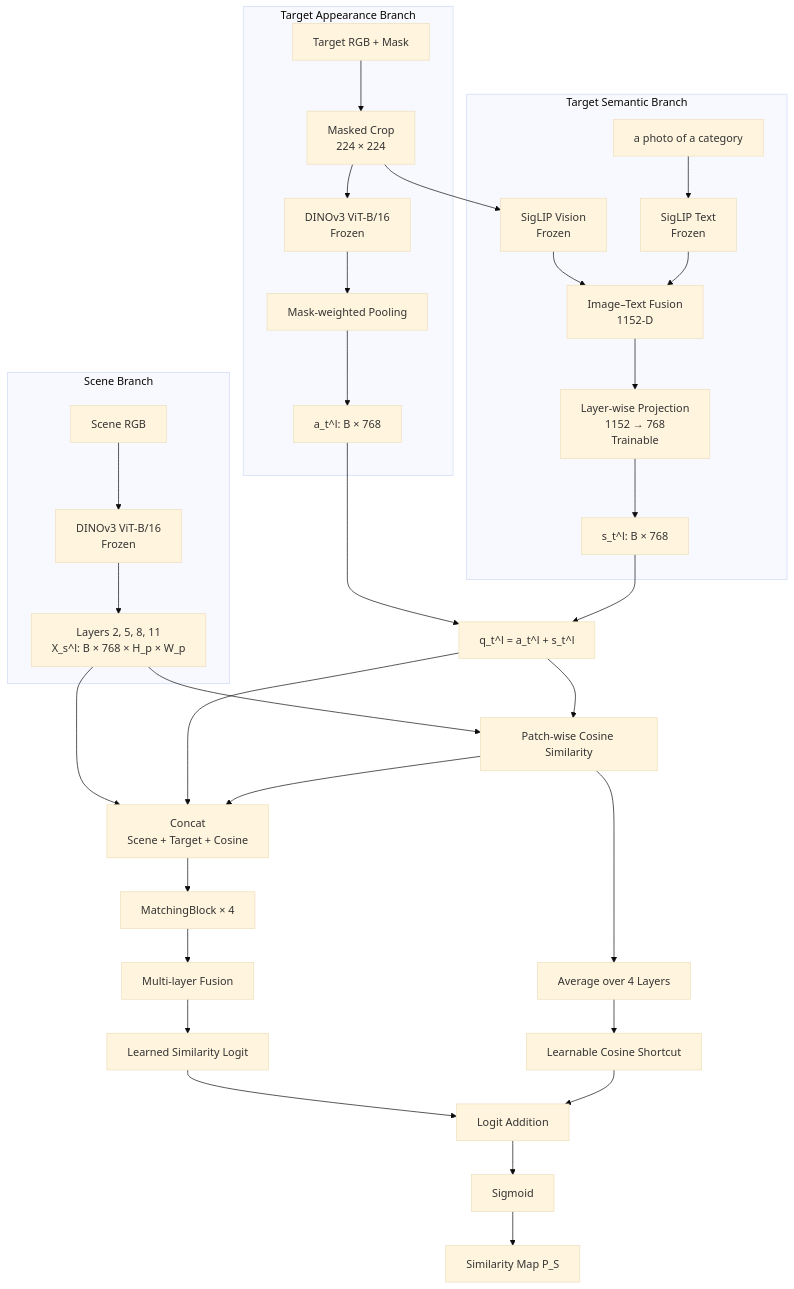
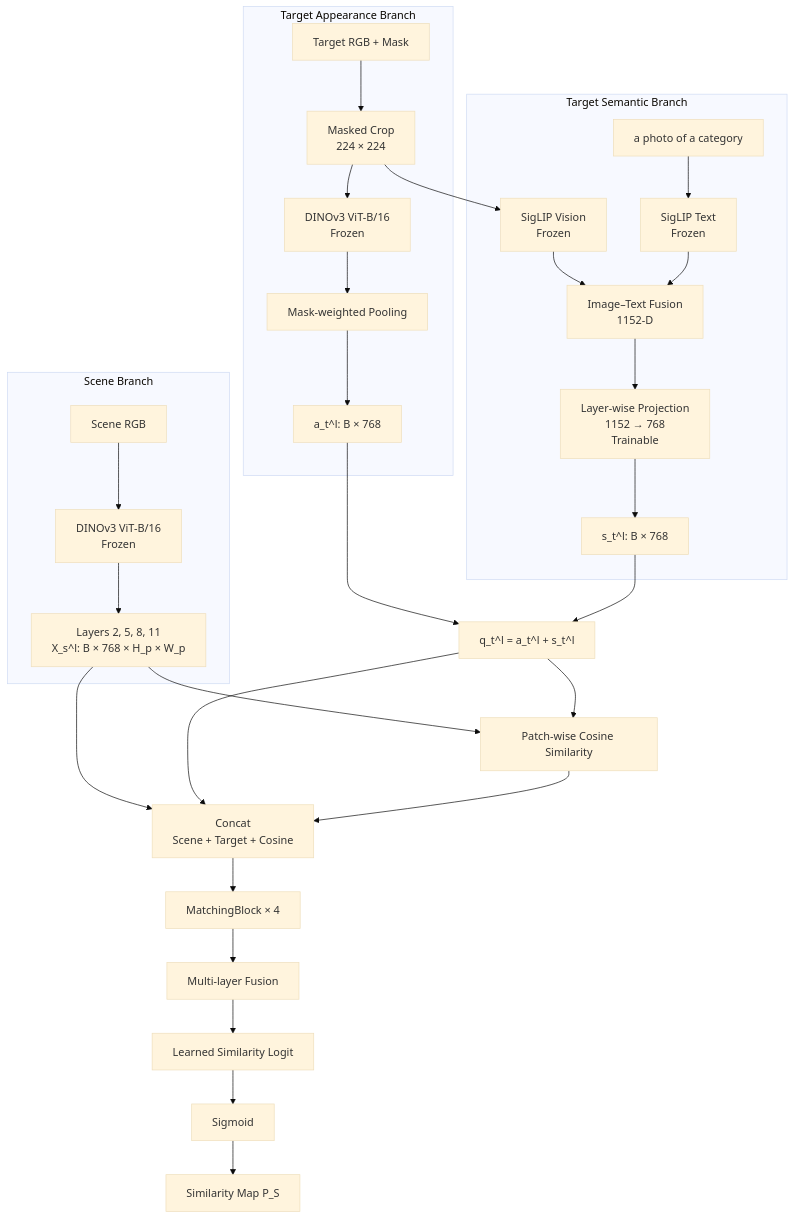
The second of 3 diagrams in README.md (JeonHaneul/2D-PDM_DINOv3), drawn with Mermaid (base theme) before and after one commit. The commit also changed other lines of this file and 4 other files, not shown here.

````diff
--- a/README.md
+++ b/README.md
@@ -94,47 +94,43 @@
 ```mermaid
 flowchart TB
     subgraph SCENE["Scene Branch"]
         SRGB["Scene RGB"]
         SDINO["DINOv3 ViT-B/16<br/>Frozen"]
         SFEAT["Layers 2, 5, 8, 11<br/>X_s^l: B × 768 × H_p × W_p"]
         SRGB --> SDINO --> SFEAT
     end
 
     subgraph APPEARANCE["Target Appearance Branch"]
         TRGB["Target RGB + Mask"]
         CROP["Masked Crop<br/>224 × 224"]
         TDINO["DINOv3 ViT-B/16<br/>Frozen"]
         POOL["Mask-weighted Pooling"]
         AVEC["a_t^l: B × 768"]
         TRGB --> CROP --> TDINO --> POOL --> AVEC
     end
 
     subgraph SEMANTIC["Target Semantic Branch"]
         SIGIMG["SigLIP Vision<br/>Frozen"]
         PROMPT["a photo of a category"]
         SIGTXT["SigLIP Text<br/>Frozen"]
         SEMFUSE["Image–Text Fusion<br/>1152-D"]
         PROJ["Layer-wise Projection<br/>1152 → 768<br/>Trainable"]
         SVEC["s_t^l: B × 768"]
         CROP --> SIGIMG --> SEMFUSE
         PROMPT --> SIGTXT --> SEMFUSE
         SEMFUSE --> PROJ --> SVEC
     end
 
     AVEC --> QFUSE["q_t^l = a_t^l + s_t^l"]
     SVEC --> QFUSE
     SFEAT --> COS["Patch-wise Cosine Similarity"]
     QFUSE --> COS
     SFEAT --> INTERACT["Concat<br/>Scene + Target + Cosine"]
     QFUSE --> INTERACT
     COS --> INTERACT
     INTERACT --> BLOCKS["MatchingBlock × 4"]
     BLOCKS --> LFUSE["Multi-layer Fusion"]
     LFUSE --> HEAD["Learned Similarity Logit"]
-    COS --> CAVG["Average over 4 Layers"]
-    CAVG --> SKIP["Learnable Cosine Shortcut"]
-    HEAD --> ADDLOGIT["Logit Addition"]
-    SKIP --> ADDLOGIT
-    ADDLOGIT --> SIGMOID["Sigmoid"]
+    HEAD --> SIGMOID["Sigmoid"]
     SIGMOID --> PMAP["Similarity Map P_S"]
 ```
````
